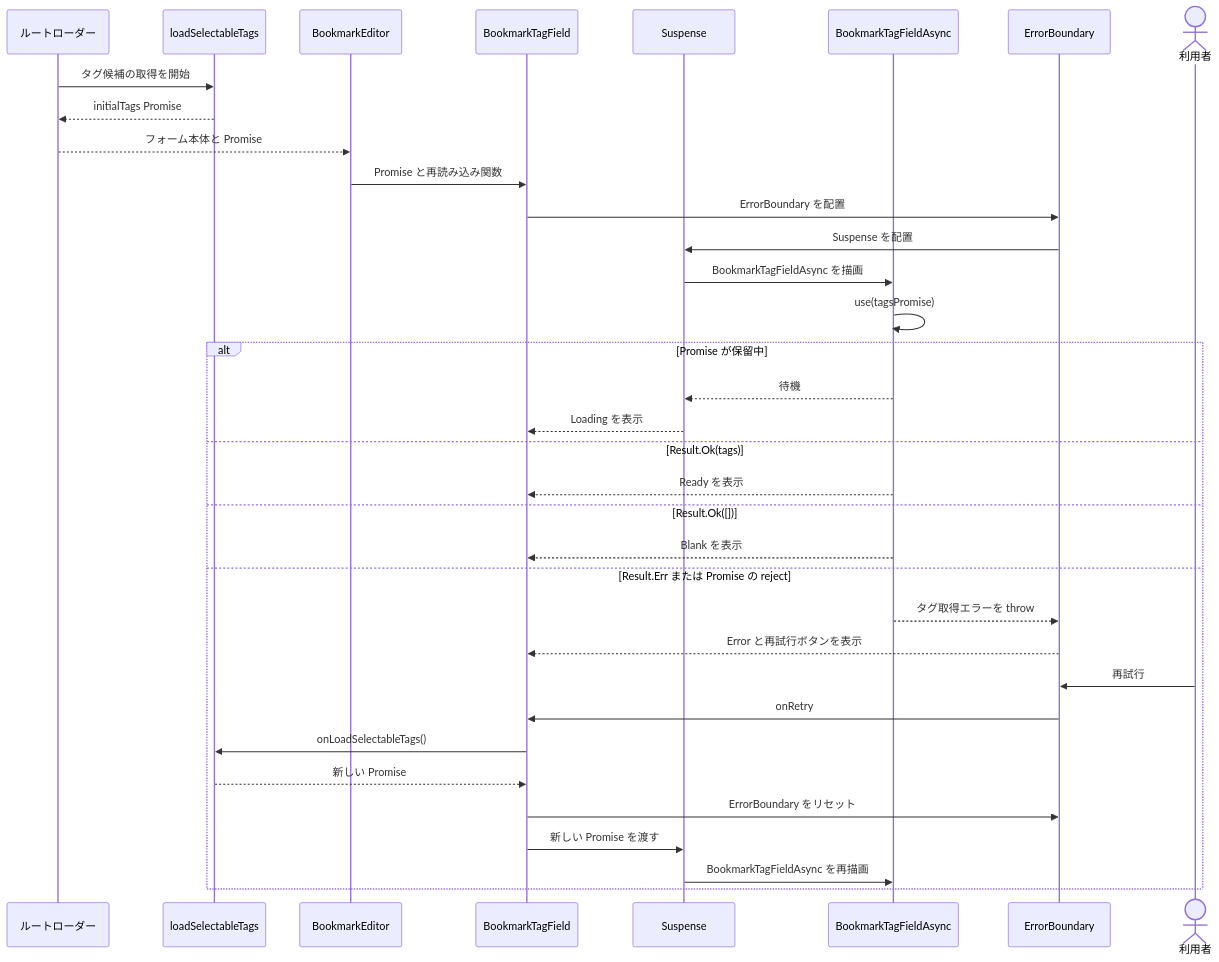
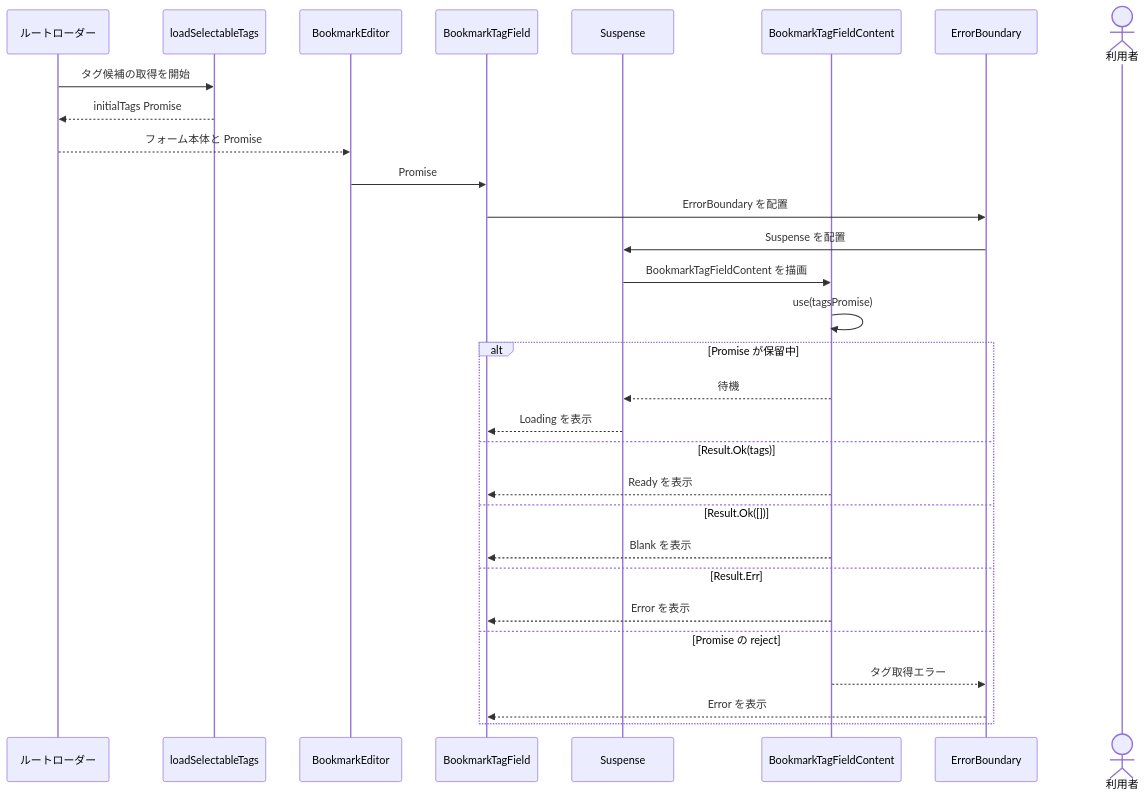
Before and after one commit to koralle/pantry: the second of 2 diagrams in docs/superpowers/specs/2026-08-04-bookmark-tag-field-suspense-design.md, drawn with Mermaid. The commit also changed other lines of this file and 9 other files, not shown here.

Commit message:
refactor(bookmarks): simplify suspense tag field

````diff
--- a/docs/superpowers/specs/2026-08-04-bookmark-tag-field-suspense-design.md
+++ b/docs/superpowers/specs/2026-08-04-bookmark-tag-field-suspense-design.md
@@ -125,39 +118,34 @@
 ```mermaid
 sequenceDiagram
   participant R as ルートローダー
   participant L as loadSelectableTags
   participant E as BookmarkEditor
   participant F as BookmarkTagField
   participant S as Suspense
-  participant A as BookmarkTagFieldAsync
+  participant A as BookmarkTagFieldContent
   participant B as ErrorBoundary
   actor U as 利用者
 
   R->>L: タグ候補の取得を開始
   L-->>R: initialTags Promise
   R-->>E: フォーム本体と Promise
-  E->>F: Promise と再読み込み関数
+  E->>F: Promise
   F->>B: ErrorBoundary を配置
   B->>S: Suspense を配置
-  S->>A: BookmarkTagFieldAsync を描画
+  S->>A: BookmarkTagFieldContent を描画
   A->>A: use(tagsPromise)
 
   alt Promise が保留中
     A-->>S: 待機
     S-->>F: Loading を表示
   else Result.Ok(tags)
     A-->>F: Ready を表示
   else Result.Ok([])
     A-->>F: Blank を表示
-  else Result.Err または Promise の reject
-    A-->>B: タグ取得エラーを throw
-    B-->>F: Error と再試行ボタンを表示
-    U->>B: 再試行
-    B->>F: onRetry
-    F->>L: onLoadSelectableTags()
-    L-->>F: 新しい Promise
-    F->>B: ErrorBoundary をリセット
-    F->>S: 新しい Promise を渡す
-    S->>A: BookmarkTagFieldAsync を再描画
+  else Result.Err
+    A-->>F: Error を表示
+  else Promise の reject
+    A-->>B: タグ取得エラー
+    B-->>F: Error を表示
   end
 ```
````
